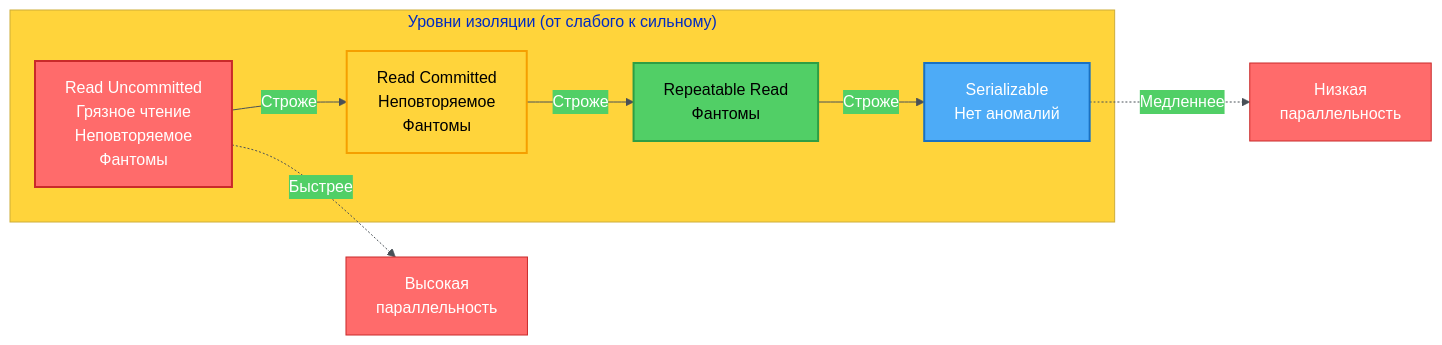
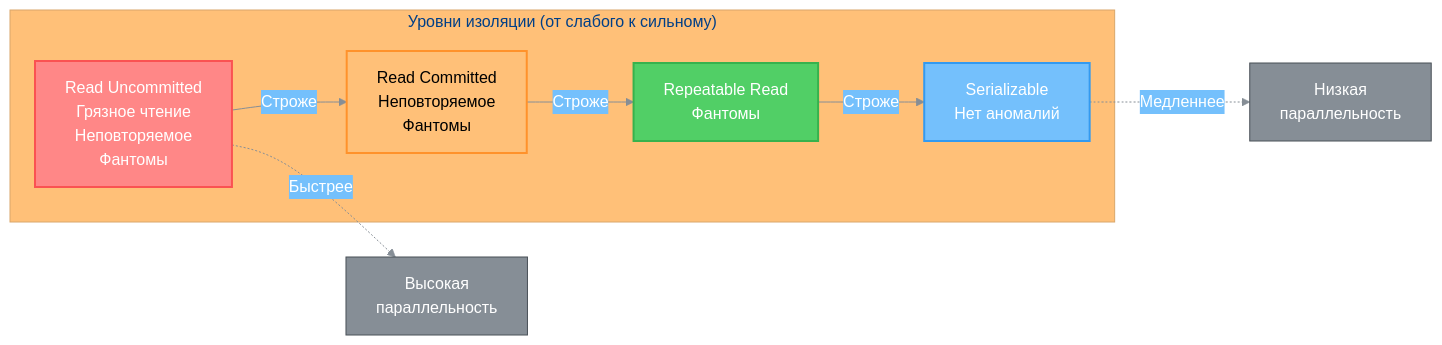
Before and after one commit to alx314vo/db_exam: the ninth of 23 diagrams in db_exam.md, drawn with Mermaid. The commit also changed other lines of this file, not shown here.

````diff
--- a/db_exam.md
+++ b/db_exam.md
@@ -461,22 +461,22 @@
 ```mermaid
-%%{init: {'theme':'base', 'themeVariables': {'primaryColor':'#ff6b6b','primaryTextColor':'#fff','primaryBorderColor':'#c92a2a','lineColor':'#495057','secondaryColor':'#51cf66','tertiaryColor':'#ffd43b'}}}%%
+%%{init: {'theme':'base', 'themeVariables': {'primaryColor':'#868e96','primaryTextColor':'#fff','primaryBorderColor':'#495057','lineColor':'#868e96','secondaryColor':'#74c0fc','tertiaryColor':'#ffc078','background':'#ffffff','textColor':'#212529'}}}%%
 graph LR
     subgraph "Уровни изоляции (от слабого к сильному)"
         RU[Read Uncommitted<br/>Грязное чтение<br/>Неповторяемое<br/>Фантомы]
         RC[Read Committed<br/>Неповторяемое<br/>Фантомы]
         RR[Repeatable Read<br/>Фантомы]
         S[Serializable<br/>Нет аномалий]
     end
     
     RU -->|Строже| RC
     RC -->|Строже| RR
     RR -->|Строже| S
     
     RU -.->|Быстрее| Speed1[Высокая<br/>параллельность]
     S -.->|Медленнее| Speed2[Низкая<br/>параллельность]
     
-    style RU fill:#ff6b6b,stroke:#c92a2a,stroke-width:2px,color:#fff
-    style RC fill:#ffd43b,stroke:#f59f00,stroke-width:2px,color:#000
-    style RR fill:#51cf66,stroke:#2f9e44,stroke-width:2px,color:#000
-    style S fill:#4dabf7,stroke:#1971c2,stroke-width:2px,color:#fff
+    style RU fill:#ff8787,stroke:#fa5252,stroke-width:2px,color:#fff
+    style RC fill:#ffc078,stroke:#ff922b,stroke-width:2px,color:#000
+    style RR fill:#51cf66,stroke:#37b24d,stroke-width:2px,color:#fff
+    style S fill:#74c0fc,stroke:#339af0,stroke-width:2px,color:#fff
 ```
````
